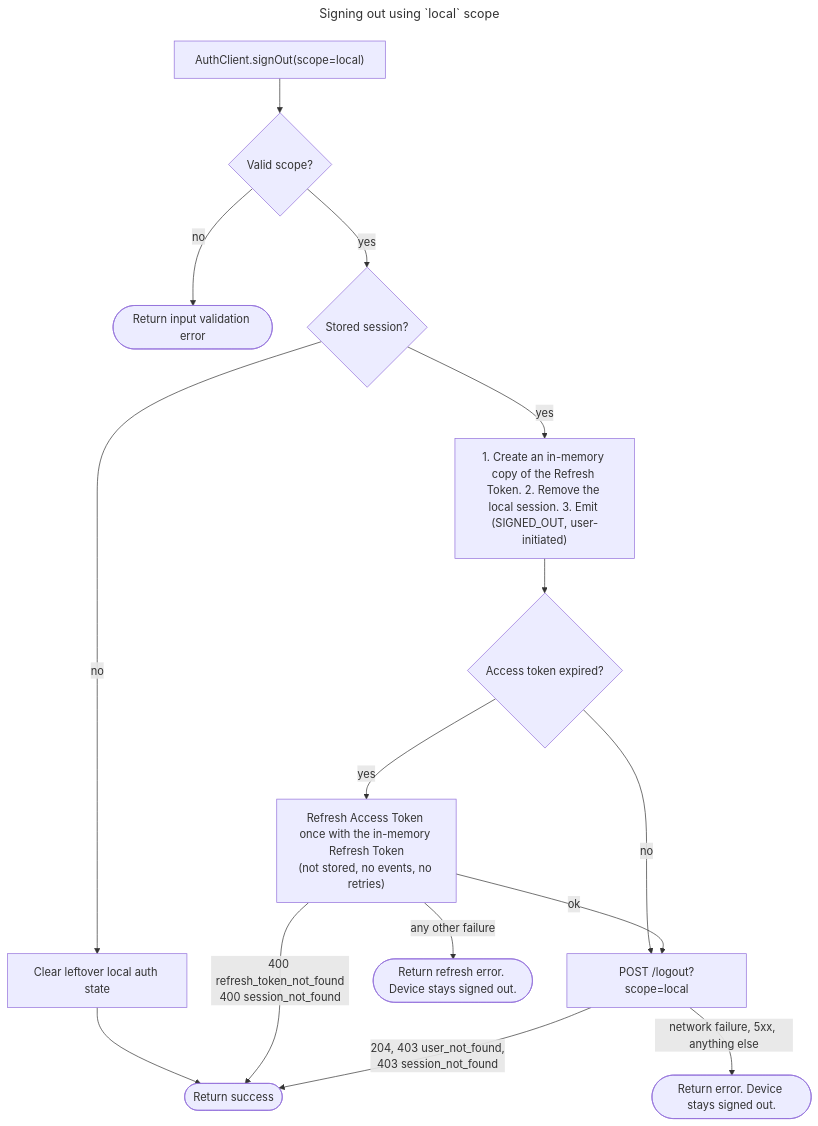
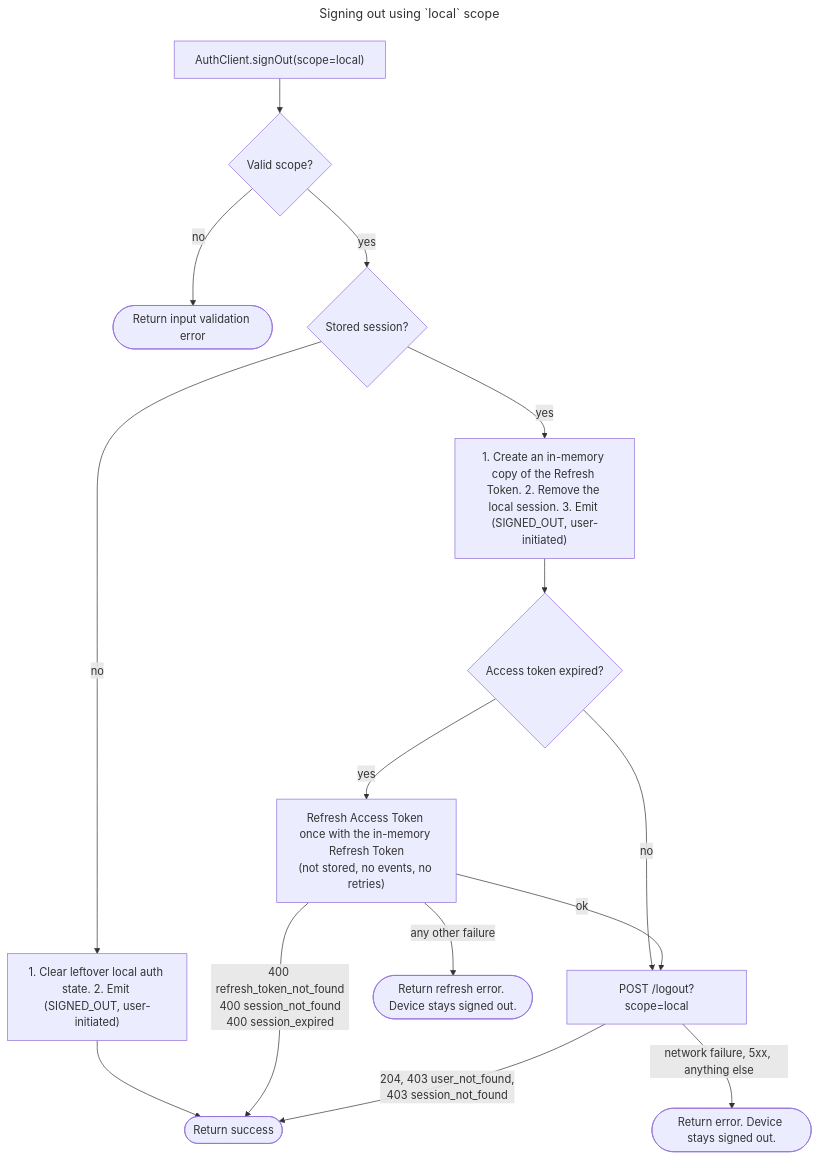
The first of 3 diagrams in packages/capability-matrix/specs/auth/session/sign_out.md (supabase/sdk), drawn with Mermaid before and after one commit. The commit also changed other lines of this file and 1 other file, not shown here.

Commit message:
docs(auth): cleanup confusion around notifications, locks and `400 refresh_token_already_used`

````diff
--- a/packages/capability-matrix/specs/auth/session/sign_out.md
+++ b/packages/capability-matrix/specs/auth/session/sign_out.md
@@ -88,22 +100,22 @@
 ```mermaid
 ---
 title: Signing out using `local` scope
 ---
 flowchart TB
     A["AuthClient.signOut(scope=local)"] --> V{"Valid scope?"}
     V -- no --> EV(["Return input validation error"])
     V -- yes --> S{"Stored session?"}
-    S -- no --> C0["Clear leftover local auth state"]
+    S -- no --> C0["1. Clear leftover local auth state. 2. Emit (SIGNED_OUT, user-initiated)"]
     C0 --> OK(["Return success"])
     S -- yes --> RM["1. Create an in-memory copy of the Refresh Token. 2. Remove the local session. 3. Emit (SIGNED_OUT, user-initiated)"]
     RM --> X{"Access token expired?"}
     X -- no --> L["POST /logout?scope=local"]
     X -- yes --> RF["Refresh Access Token once with the in-memory Refresh Token<br>(not stored, no events, no retries)"]
     RF -- ok --> L
-    RF -- 400 refresh_token_not_found<br>400 session_not_found --> OK
+    RF -- 400 refresh_token_not_found<br>400 session_not_found<br>400 session_expired --> OK
     RF -- any other failure --> ER(["Return refresh error. Device stays signed out."])
     L -- 204, 403 user_not_found,<br>403 session_not_found --> OK
     L -- network failure, 5xx, anything else --> E(["Return error. Device stays signed out."])
 
     RF@{ shape: rect}
 ```
````
